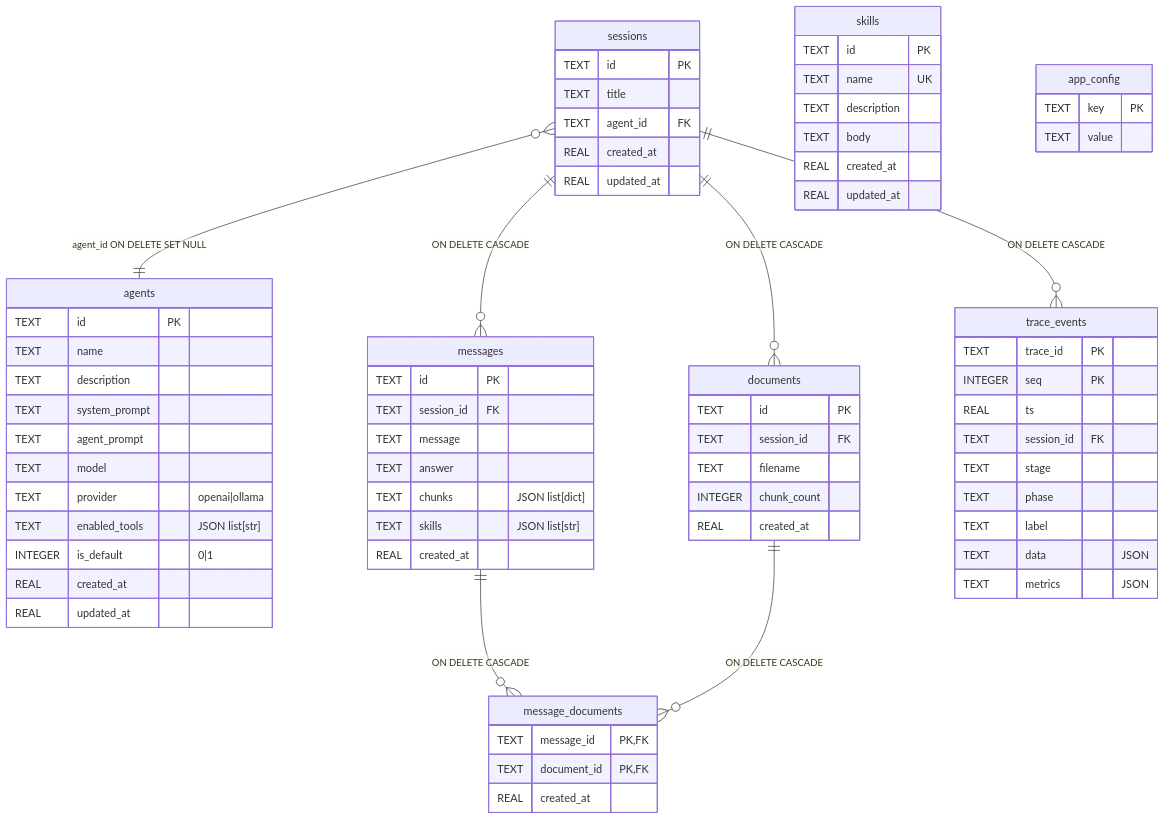
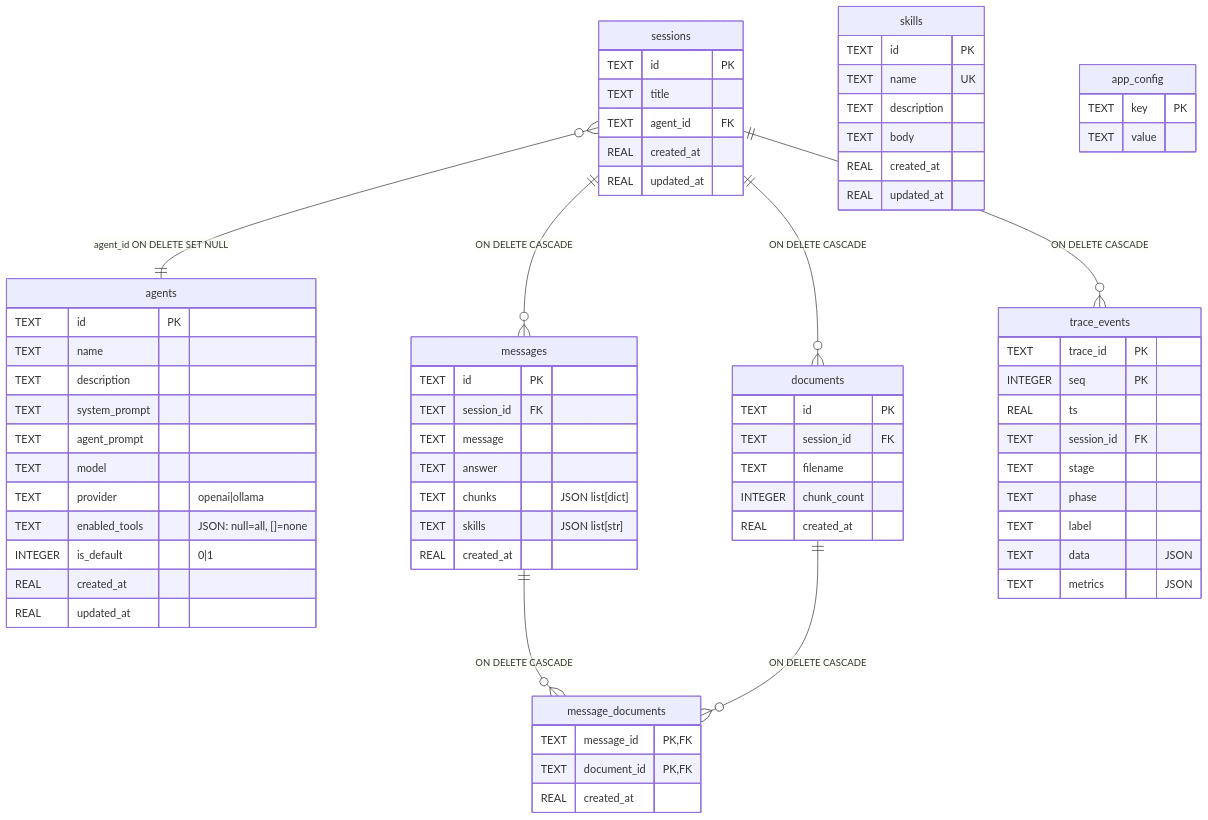
The diagram in docs/data-model.md (marconildo/AgentSimulator), drawn with Mermaid before and after one commit. The commit also changed other lines of this file and 9 other files, not shown here.

Commit message:
feat: implement tool-semantics fix to distinguish between 'all tools' (null) and 'no tools' ([]) in agent configuration

````diff
--- a/docs/data-model.md
+++ b/docs/data-model.md
@@ -16,74 +16,74 @@
 ```mermaid
 erDiagram
     sessions {
         TEXT id PK
         TEXT title
         TEXT agent_id FK
         REAL created_at
         REAL updated_at
     }
     agents {
         TEXT id PK
         TEXT name
         TEXT description
         TEXT system_prompt
         TEXT agent_prompt
         TEXT model
         TEXT provider "openai|ollama"
-        TEXT enabled_tools "JSON list[str]"
+        TEXT enabled_tools "JSON: null=all, []=none"
         INTEGER is_default "0|1"
         REAL created_at
         REAL updated_at
     }
     messages {
         TEXT id PK
         TEXT session_id FK
         TEXT message
         TEXT answer
         TEXT chunks "JSON list[dict]"
         TEXT skills "JSON list[str]"
         REAL created_at
     }
     documents {
         TEXT id PK
         TEXT session_id FK
         TEXT filename
         INTEGER chunk_count
         REAL created_at
     }
     message_documents {
         TEXT message_id PK,FK
         TEXT document_id PK,FK
         REAL created_at
     }
     skills {
         TEXT id PK
         TEXT name UK
         TEXT description
         TEXT body
         REAL created_at
         REAL updated_at
     }
     trace_events {
         TEXT trace_id PK
         INTEGER seq PK
         REAL ts
         TEXT session_id FK
         TEXT stage
         TEXT phase
         TEXT label
         TEXT data "JSON"
         TEXT metrics "JSON"
     }
     app_config {
         TEXT key PK
         TEXT value
     }
 
     sessions          }o--|| agents   : "agent_id ON DELETE SET NULL"
     sessions          ||--o{ messages : "ON DELETE CASCADE"
     sessions          ||--o{ documents : "ON DELETE CASCADE"
     sessions          ||--o{ trace_events : "ON DELETE CASCADE"
     messages          ||--o{ message_documents : "ON DELETE CASCADE"
     documents         ||--o{ message_documents : "ON DELETE CASCADE"
 ```
````
